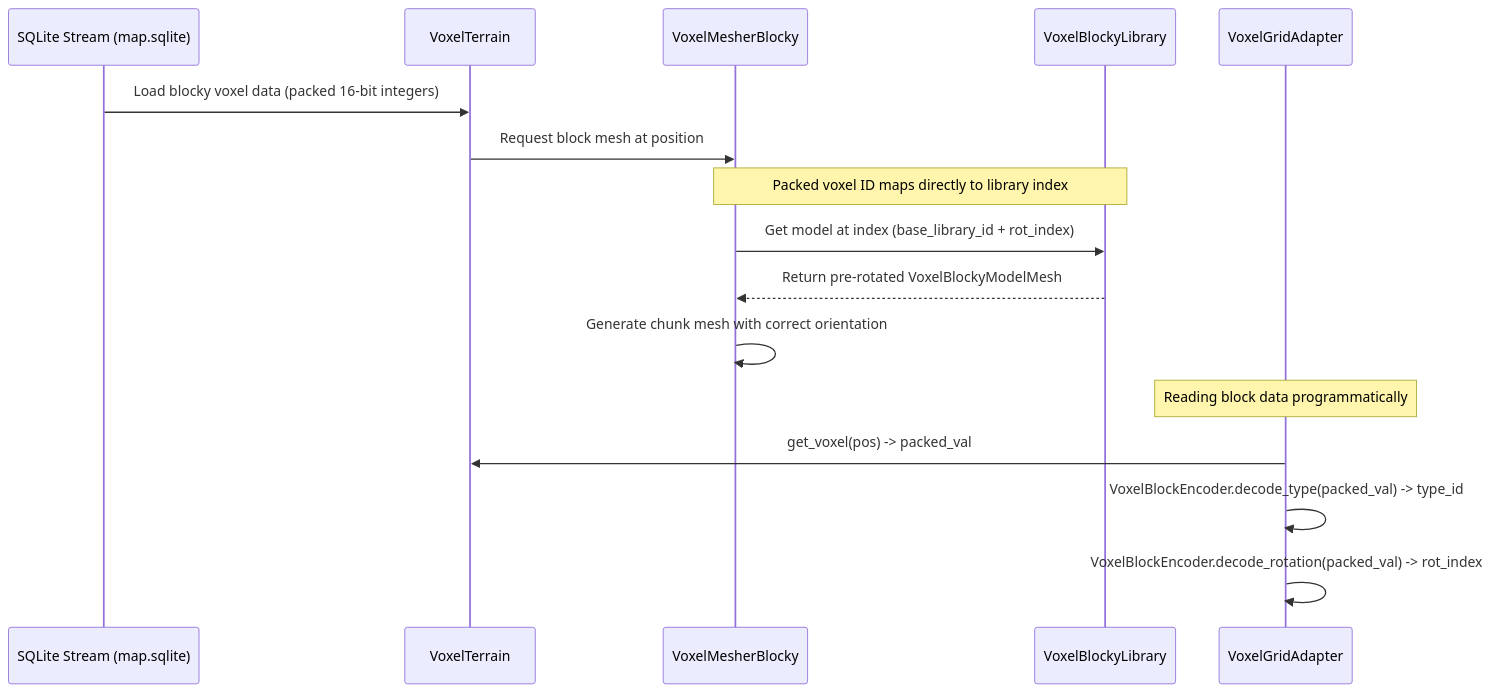
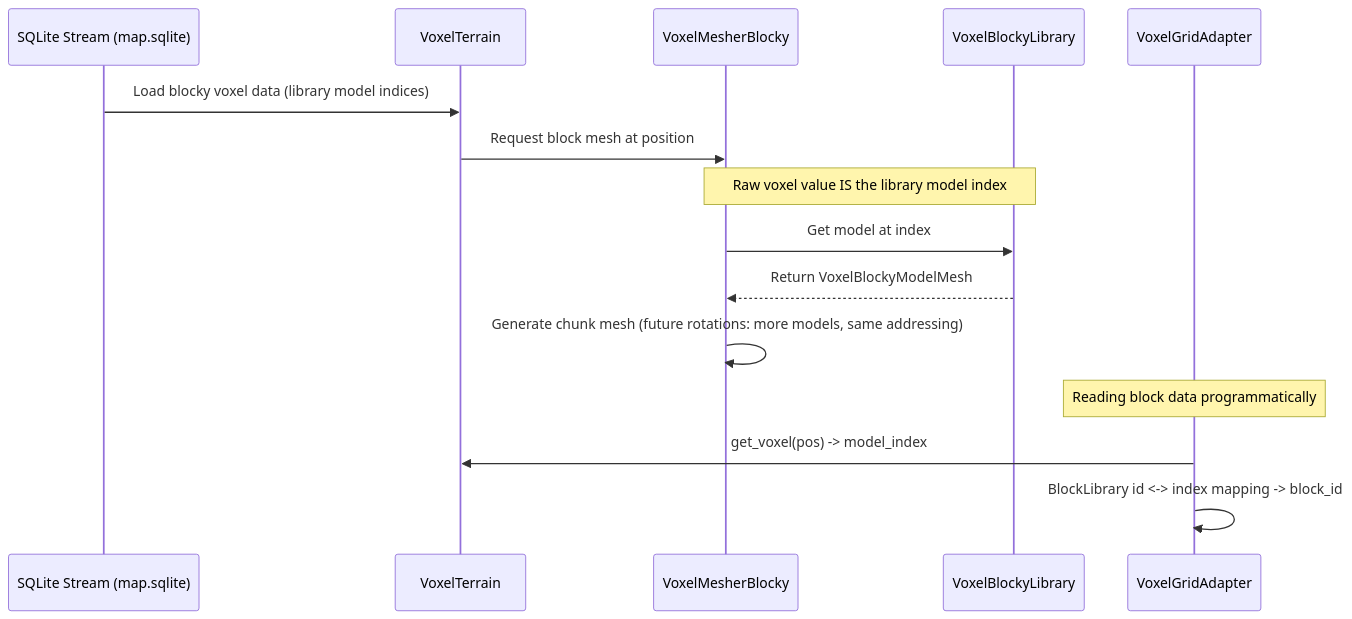
The second of 2 diagrams in docs/architecture/voxel-world.md (gdgonzaga/vek-holdout), drawn with Mermaid before and after one commit. The commit also changed other lines of this file and 10 other files, not shown here.

````diff
--- a/docs/architecture/voxel-world.md
+++ b/docs/architecture/voxel-world.md
@@ -253,20 +255,19 @@
 ```mermaid
 sequenceDiagram
     participant DB as SQLite Stream (map.sqlite)
     participant Terrain as VoxelTerrain
     participant Mesher as VoxelMesherBlocky
     participant Lib as VoxelBlockyLibrary
     participant Adapter as VoxelGridAdapter
 
-    DB->>Terrain: Load blocky voxel data (packed 16-bit integers)
+    DB->>Terrain: Load blocky voxel data (library model indices)
     Terrain->>Mesher: Request block mesh at position
-    Note over Mesher,Lib: Packed voxel ID maps directly to library index
-    Mesher->>Lib: Get model at index (base_library_id + rot_index)
-    Lib-->>Mesher: Return pre-rotated VoxelBlockyModelMesh
-    Mesher->>Mesher: Generate chunk mesh with correct orientation
+    Note over Mesher,Lib: Raw voxel value IS the library model index
+    Mesher->>Lib: Get model at index
+    Lib-->>Mesher: Return VoxelBlockyModelMesh
+    Mesher->>Mesher: Generate chunk mesh (future rotations: more models, same addressing)
     
     Note over Adapter: Reading block data programmatically
-    Adapter->>Terrain: get_voxel(pos) -> packed_val
-    Adapter->>Adapter: VoxelBlockEncoder.decode_type(packed_val) -> type_id
-    Adapter->>Adapter: VoxelBlockEncoder.decode_rotation(packed_val) -> rot_index
+    Adapter->>Terrain: get_voxel(pos) -> model_index
+    Adapter->>Adapter: BlockLibrary id <-> index mapping -> block_id
 ```
````
